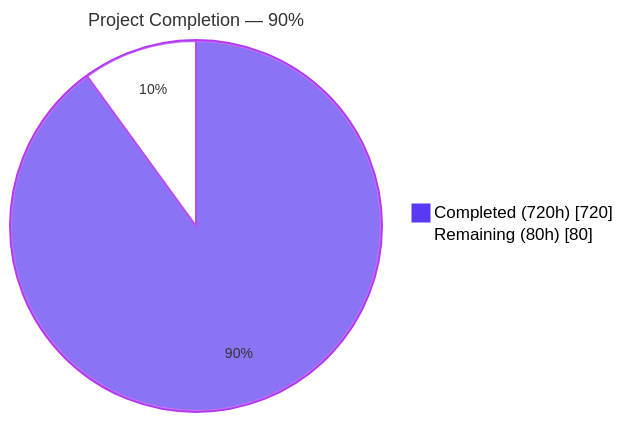
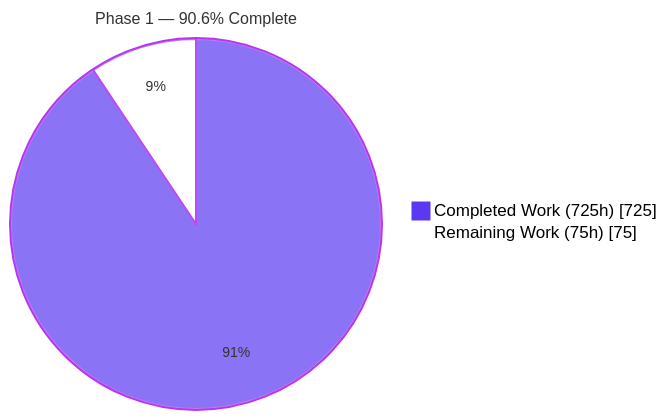
The first of 4 diagrams in blitzy/documentation/Project Guide.md (Blitzy-Sandbox/blitzy-odoo), drawn with Mermaid before and after one commit. The commit also changed other lines of this file, not shown here.

Commit message:
Adding Blitzy Project Guide: Project Status and Human Tasks Remaining

````diff
--- a/blitzy/documentation/Project Guide.md
+++ b/blitzy/documentation/Project Guide.md
@@ -18,6 +18,6 @@
 ```mermaid
-%%{init: {'theme':'base','themeVariables':{'pie1':'#5B39F3','pie2':'#FFFFFF','pieStrokeColor':'#B23AF2','pieOuterStrokeColor':'#B23AF2','pieOuterStrokeWidth':'2px','pieTitleTextSize':'18px','pieSectionTextSize':'14px','pieLegendTextColor':'#000000'}}}%%
-pie showData title Project Completion — 90%
-    "Completed (720h)" : 720
-    "Remaining (80h)" : 80
+%%{init: {'theme':'base','themeVariables':{'pie1':'#5B39F3','pie2':'#FFFFFF','pieStrokeColor':'#B23AF2','pieOuterStrokeColor':'#B23AF2','pieOuterStrokeWidth':'2px','pieTitleTextSize':'16px','pieSectionTextSize':'14px','pieLegendTextColor':'#000000'}}}%%
+pie showData title Phase 1 — 90.6% Complete
+    "Completed Work (725h)" : 725
+    "Remaining Work (75h)" : 75
 ```
````
